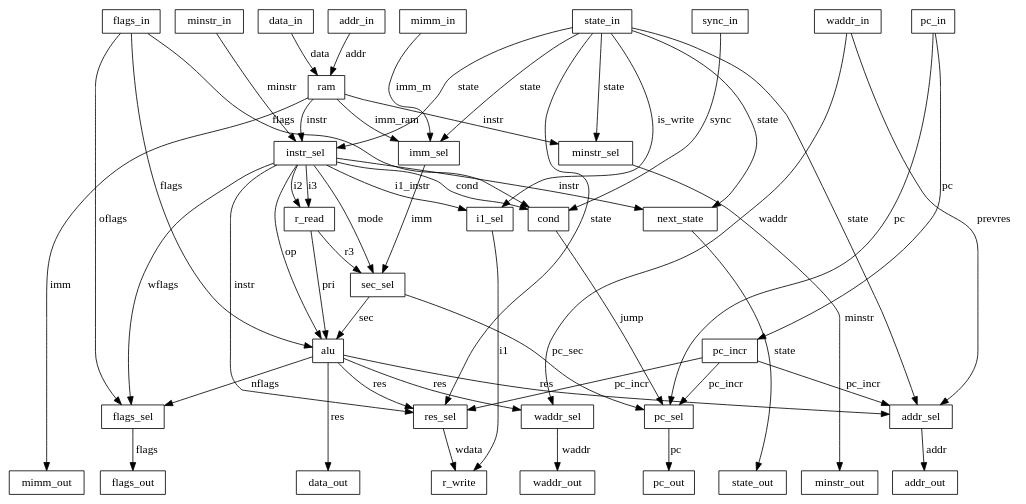
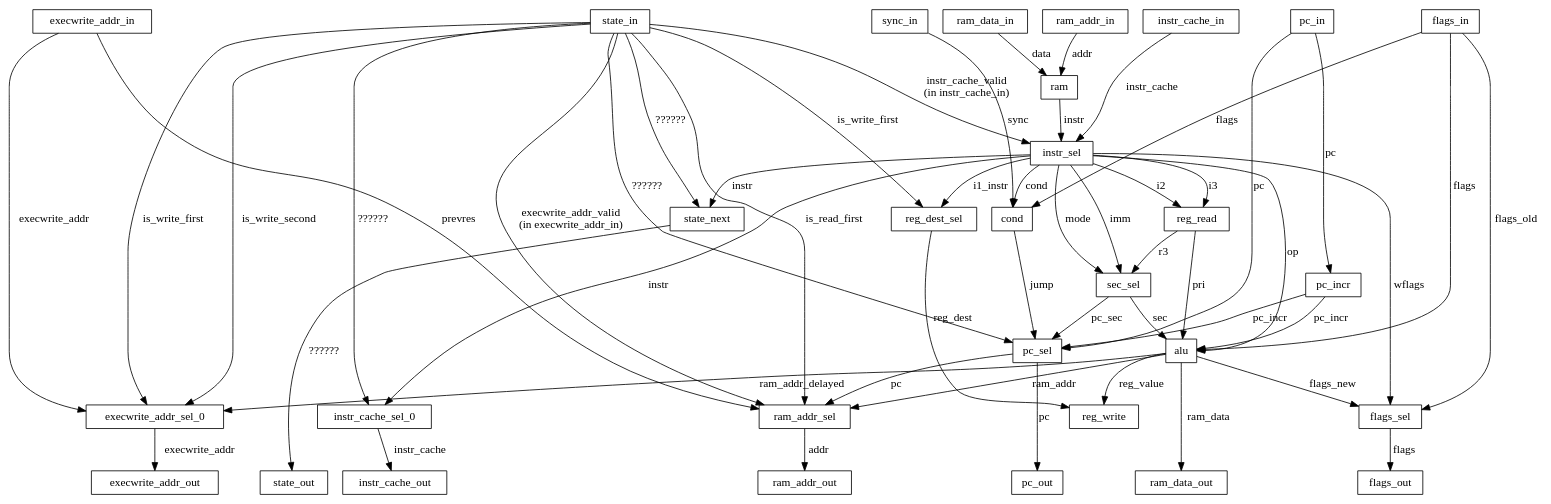
The diagram in doc/flow.dot (LBPHacker/R316), drawn with Graphviz before and after one commit.

Commit message:
Data flow graph

```diff
--- a/doc/flow.dot
+++ b/doc/flow.dot
@@ -1,61 +1,87 @@
 digraph {
 	node[shape=record, height="0.4", width="0.4"]
-	{ rank=same; flags_in; mimm_in; addr_in; data_in; minstr_in; state_in; waddr_in; pc_in; sync_in }
-	{ rank=same; flags_out; mimm_out; addr_out; data_out; minstr_out; state_out; waddr_out; pc_out }
-	{ rank=same; imm_sel; instr_sel; minstr_sel }
-	{ rank=same; pc_sel; waddr_sel; flags_sel; addr_sel; res_sel }
-	flags_in -> cond [label="flags"]
-	instr_sel -> cond [label="cond"]
-	sync_in -> cond [label="sync"]
-	cond -> pc_sel [label="jump"]
-	pc_in -> pc_incr [label="pc"]
-	pc_in -> pc_sel [label="pc"]
-	pc_incr -> pc_sel [label="pc_incr"]
-	sec_sel -> pc_sel [label="pc_sec"]
-	pc_sel -> pc_out [label="pc"]
-	waddr_sel -> waddr_out [label="waddr"]
-	waddr_in -> waddr_sel [label="waddr"]
-	alu -> waddr_sel [label="res"]
-	addr_in -> ram [label="addr"]
-	data_in -> ram [label="data"]
-	ram -> imm_sel [label="imm_ram"]
-	mimm_in -> imm_sel [label="imm_m"]
-	state_in -> imm_sel [label="state"]
-	imm_sel -> sec_sel [label="imm"]
-	r_read -> sec_sel [label="r3"]
-	instr_sel -> sec_sel [label="mode"]
-	instr_sel -> alu [label="op"]
-	sec_sel -> alu [label="sec"]
-	r_read -> alu [label="pri"]
-	flags_in -> alu [label="flags"]
-	flags_in -> flags_sel [label="oflags"]
-	alu -> flags_sel [label="nflags"]
-	flags_sel -> flags_out [label="flags"]
-	instr_sel -> r_read [label="i3"]
-	instr_sel -> r_read [label="i2"]
-	ram -> mimm_out [label="imm"]
-	ram -> minstr_sel [label="instr"]
-	state_in -> minstr_sel [label="state"]
-	minstr_sel -> minstr_out [label="minstr"]
-	alu -> addr_sel [label="res"]
-	waddr_in -> addr_sel [label="prevres"]
-	pc_incr -> addr_sel [label="pc_incr"]
-	state_in -> addr_sel [label="state"]
-	addr_sel -> addr_out [label="addr"]
-	minstr_in -> instr_sel [label="minstr"]
-	state_in -> instr_sel [label="state"]
-	ram -> instr_sel [label="instr"]
-	res_sel -> r_write [label="wdata"]
-	alu -> res_sel [label="res"]
-	instr_sel -> res_sel [label="instr"]
-	state_in -> res_sel [label="state"]
-	pc_incr -> res_sel [label="pc_incr"]
-	i1_sel -> r_write [label="i1"]
-	state_in -> i1_sel [label="is_write"]
-	instr_sel -> i1_sel [label="i1_instr"]
-	state_in -> next_state [label="state"]
-	instr_sel -> next_state [label="instr"]
-	next_state -> state_out [label="state"]
-	alu -> data_out [label="res"]
-	instr_sel -> flags_sel [label="wflags"]
+	{ rank=same; flags_in; ram_addr_in; ram_data_in; instr_cache_in; state_in; execwrite_addr_in; pc_in; sync_in }
+	{ rank=same; flags_out; ram_addr_out; ram_data_out; instr_cache_out; state_out; execwrite_addr_out; pc_out }
+	{ rank=same; execwrite_addr_sel_0; flags_sel; ram_addr_sel; instr_cache_sel_0 }
+	state_in [color="#F00"]
+	state_out [color="#F00"]
+	state_next [color="#F00"]
+	instr_sel [color="#44F"]
+	reg_dest_sel [color="#44F"]
+	flags_in [color="#0BF"]
+	flags_out [color="#0BF"]
+	flags_sel [color="#0BF"]
+	cond [color="#0BF"]
+	reg_read [color="#F0F"]
+	reg_write [color="#F0F"]
+	sec_sel [color="#F0F"]
+	sync_in [color="#0BF"]
+	instr_cache_in [color="#F80"]
+	instr_cache_out [color="#F80"]
+	ram_data_in [color="#F80"]
+	ram_data_out [color="#F80"]
+	ram_addr_in [color="#F80"]
+	ram_addr_out [color="#F80"]
+	ram_addr_sel [color="#F80"]
+	instr_cache_sel_0 [color="#F80"]
+	ram [color="#F80"]
+	alu [color="#8C0"]
+	pc_incr [color="#0A4"]
+	pc_in [color="#0A4"]
+	pc_out [color="#0A4"]
+	pc_sel [color="#0A4"]
+	execwrite_addr_in [color="#880"]
+	execwrite_addr_out [color="#880"]
+	execwrite_addr_sel_0 [color="#880"]
+	flags_in -> cond [label="flags", color="#0BF"]
+	instr_sel -> cond [label="cond", color="#44F"]
+	sync_in -> cond [label="sync", color="#0BF"]
+	cond -> pc_sel [label="jump", color="#0BF"]
+	pc_in -> pc_incr [label="pc", color="#0A4"]
+	pc_in -> pc_sel [label="pc", color="#0A4"]
+	pc_incr -> pc_sel [label="pc_incr", color="#0A4"]
+	sec_sel -> pc_sel [label="pc_sec", color="#F0F"]
+	state_in -> pc_sel [label="??????", color="#F00"]
+	pc_sel -> pc_out [label="pc", color="#0A4"]
+	execwrite_addr_sel_0 -> execwrite_addr_out [label="execwrite_addr", color="#880"]
+	execwrite_addr_in -> execwrite_addr_sel_0 [label="execwrite_addr", color="#880"]
+	alu -> execwrite_addr_sel_0 [label="ram_addr_delayed", color="#8C0"]
+	ram_addr_in -> ram [label="addr", color="#F80"]
+	ram_data_in -> ram [label="data", color="#F80"]
+	instr_sel -> sec_sel [label="imm", color="#44F"]
+	reg_read -> sec_sel [label="r3", color="#F0F"]
+	instr_sel -> sec_sel [label="mode", color="#44F"]
+	instr_sel -> alu [label="op", color="#44F"]
+	sec_sel -> alu [label="sec", color="#F0F"]
+	reg_read -> alu [label="pri", color="#F0F"]
+	flags_in -> alu [label="flags", color="#0BF"]
+	flags_in -> flags_sel [label="flags_old", color="#0BF"]
+	alu -> flags_sel [label="flags_new", color="#8C0"]
+	flags_sel -> flags_out [label="flags", color="#0BF"]
+	instr_sel -> reg_read [label="i3", color="#44F"]
+	instr_sel -> reg_read [label="i2", color="#44F"]
+	instr_sel -> instr_cache_sel_0 [label="instr", color="#44F"]
+	state_in -> instr_cache_sel_0 [label="??????", color="#F00"]
+	instr_cache_sel_0 -> instr_cache_out [label="instr_cache", color="#F80"]
+	alu -> ram_addr_sel [label="ram_addr", color="#8C0"]
+	execwrite_addr_in -> ram_addr_sel [label="prevres", color="#880"]
+	pc_sel -> ram_addr_sel [label="pc", color="#0A4"]
+	state_in -> ram_addr_sel [label="is_read_first", color="#F00"]
+	state_in -> ram_addr_sel [label="execwrite_addr_valid\n(in execwrite_addr_in)", color="#F00"]
+	ram_addr_sel -> ram_addr_out [label="addr", color="#F80"]
+	instr_cache_in -> instr_sel [label="instr_cache", color="#F80"]
+	state_in -> instr_sel [label="instr_cache_valid\n(in instr_cache_in)", color="#F00"]
+	ram -> instr_sel [label="instr", color="#F80"]
+	alu -> reg_write [label="reg_value", color="#8C0"]
+	pc_incr -> alu [label="pc_incr", color="#0A4"]
+	reg_dest_sel -> reg_write [label="reg_dest", color="#44F"]
+	state_in -> reg_dest_sel [label="is_write_first", color="#F00"]
+	state_in -> execwrite_addr_sel_0 [label="is_write_first", color="#F00"]
+	state_in -> execwrite_addr_sel_0 [label="is_write_second", color="#F00"]
+	instr_sel -> reg_dest_sel [label="i1_instr", color="#44F"]
+	state_in -> state_next [label="??????", color="#F00"]
+	instr_sel -> state_next [label="instr", color="#44F"]
+	state_next -> state_out [label="??????", color="#F00"]
+	alu -> ram_data_out [label="ram_data", color="#8C0"]
+	instr_sel -> flags_sel [label="wflags", color="#44F"]
 }
```
